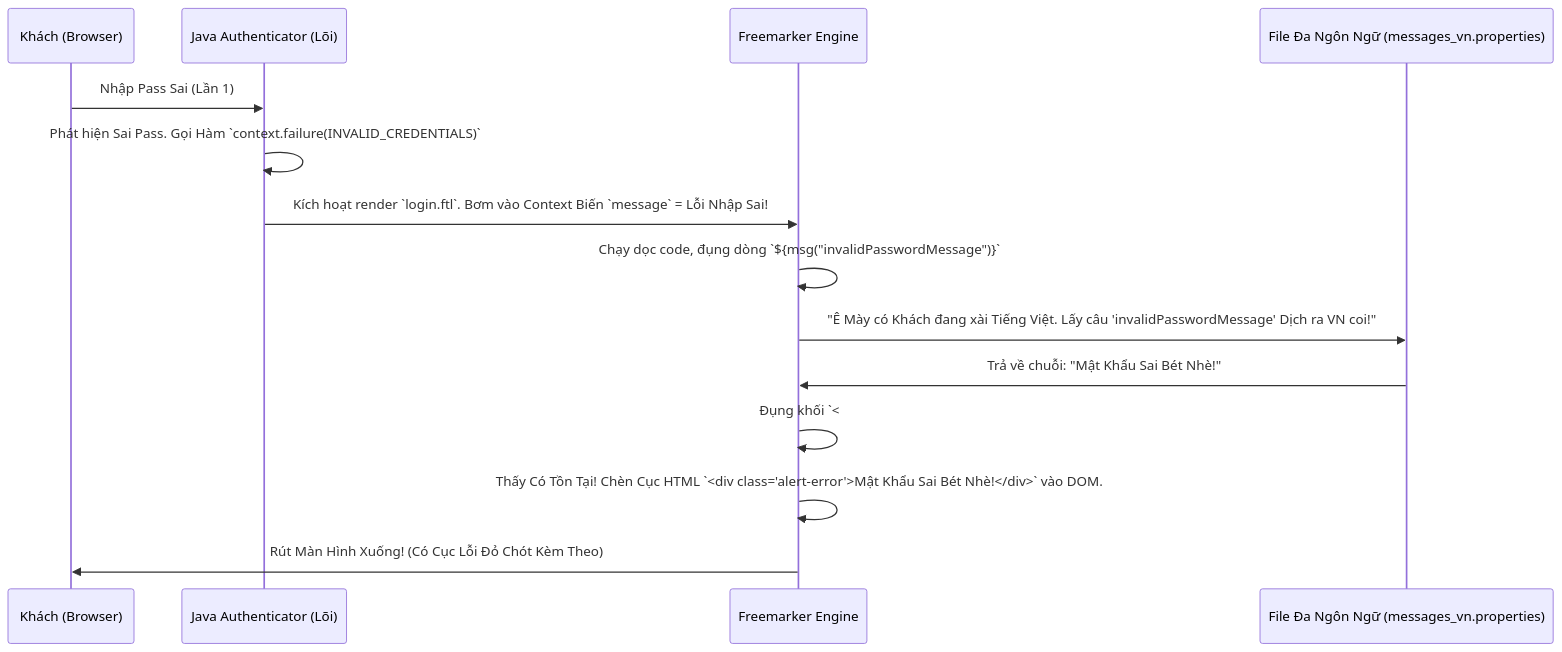
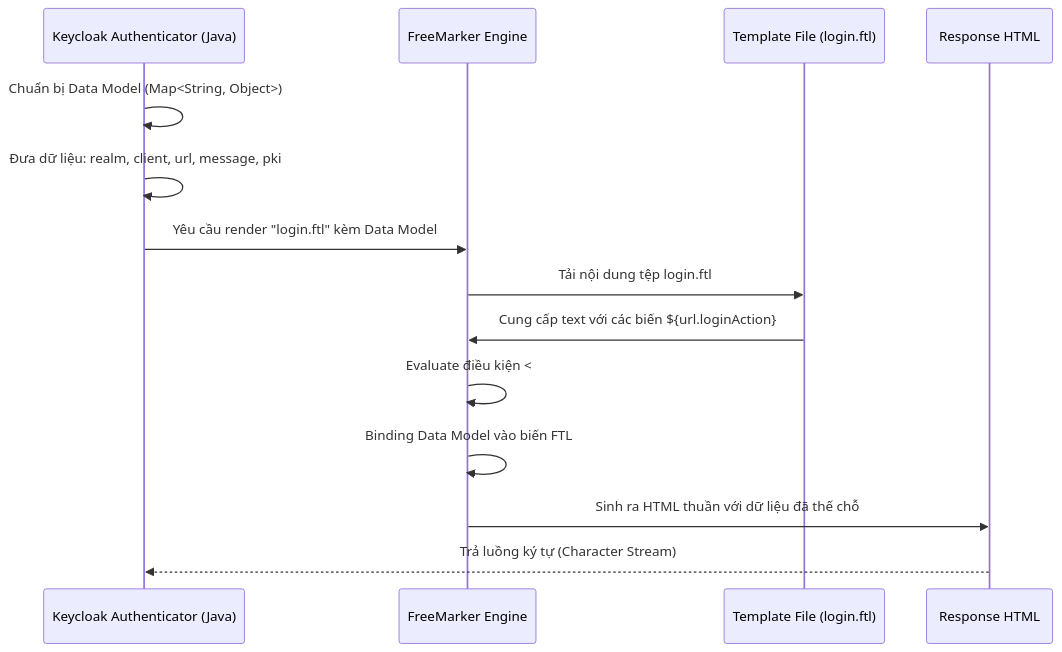
Before and after one commit to Luckyy0/keycloak: the diagram in 28-Custom-Themes/Module-1-Concepts/Lesson-2-Freemarker-Templates.md, drawn with Mermaid. The commit also changed other lines of this file and 215 other files, not shown here.

````diff
--- a/28-Custom-Themes/Module-1-Concepts/Lesson-2-Freemarker-Templates.md
+++ b/28-Custom-Themes/Module-1-Concepts/Lesson-2-Freemarker-Templates.md
@@ -48,21 +19,17 @@
 ```mermaid
 sequenceDiagram
-    participant User as Khách (Browser)
-    participant Auth as Java Authenticator (Lõi)
-    participant FTL as Freemarker Engine
-    participant MSG as File Đa Ngôn Ngữ (messages_vn.properties)
-    
-    User->>Auth: Nhập Pass Sai (Lần 1)
-    Auth->>Auth: Phát hiện Sai Pass. Gọi Hàm `context.failure(INVALID_CREDENTIALS)`
-    
-    Auth->>FTL: Kích hoạt render `login.ftl`. Bơm vào Context Biến `message` = Lỗi Nhập Sai!
-    
-    FTL->>FTL: Chạy dọc code, đụng dòng `${msg("invalidPasswordMessage")}`
-    FTL->>MSG: "Ê Mày có Khách đang xài Tiếng Việt. Lấy câu 'invalidPasswordMessage' Dịch ra VN coi!"
-    MSG->>FTL: Trả về chuỗi: "Mật Khẩu Sai Bét Nhè!"
-    
-    FTL->>FTL: Đụng khối `<#if message?has_content>` (Kiểm tra xem Biến Lỗi có tồn tại không?)
-    FTL->>FTL: Thấy Có Tồn Tại! Chèn Cục HTML `<div class="alert-error">Mật Khẩu Sai Bét Nhè!</div>` vào DOM.
-    
-    FTL->>User: Rút Màn Hình Xuống! (Có Cục Lỗi Đỏ Chót Kèm Theo)
+    participant KC_Auth as Keycloak Authenticator (Java)
+    participant FTL_Engine as FreeMarker Engine
+    participant FTL_File as Template File (login.ftl)
+    participant Output as Response HTML
+
+    KC_Auth->>KC_Auth: Chuẩn bị Data Model (Map<String, Object>)
+    KC_Auth->>KC_Auth: Đưa dữ liệu: realm, client, url, message, pki
+    KC_Auth->>FTL_Engine: Yêu cầu render "login.ftl" kèm Data Model
+    FTL_Engine->>FTL_File: Tải nội dung tệp login.ftl
+    FTL_File->>FTL_Engine: Cung cấp text với các biến ${url.loginAction}
+    FTL_Engine->>FTL_Engine: Evaluate điều kiện <#if message?has_content>
+    FTL_Engine->>FTL_Engine: Binding Data Model vào biến FTL
+    FTL_Engine->>Output: Sinh ra HTML thuần với dữ liệu đã thế chỗ
+    Output-->>KC_Auth: Trả luồng ký tự (Character Stream)
 ```
````
